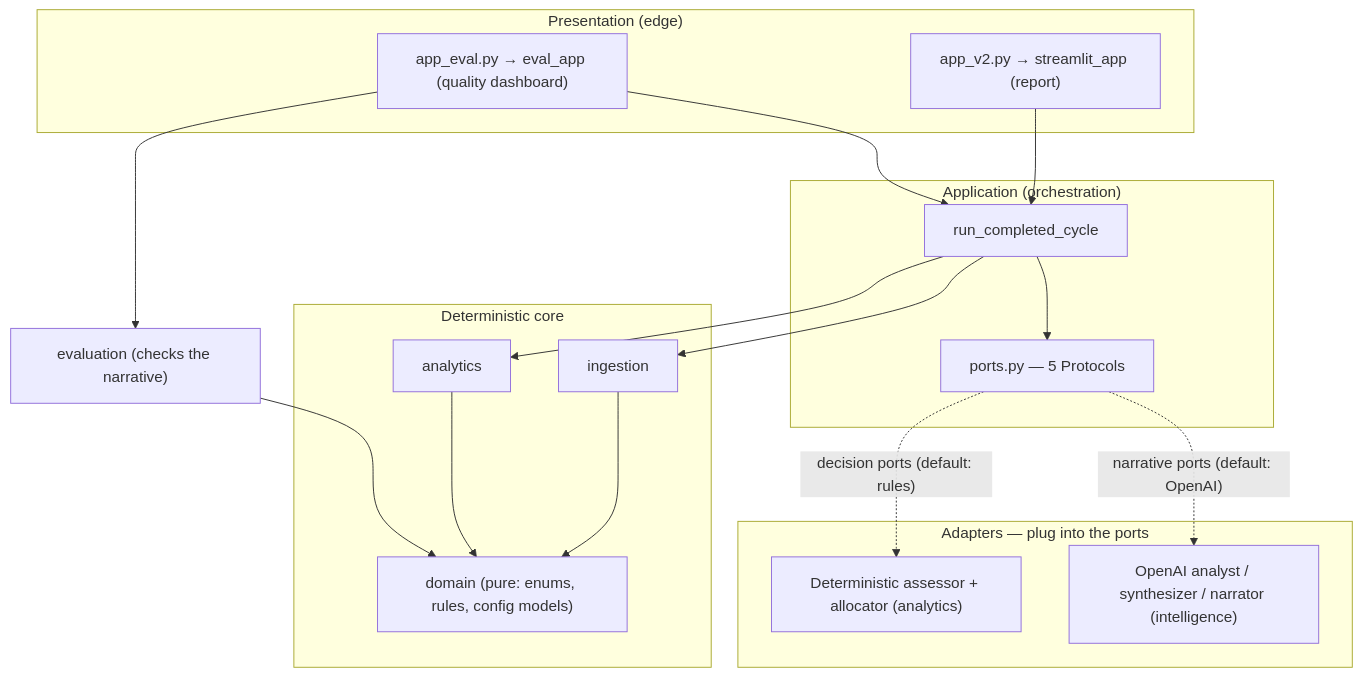
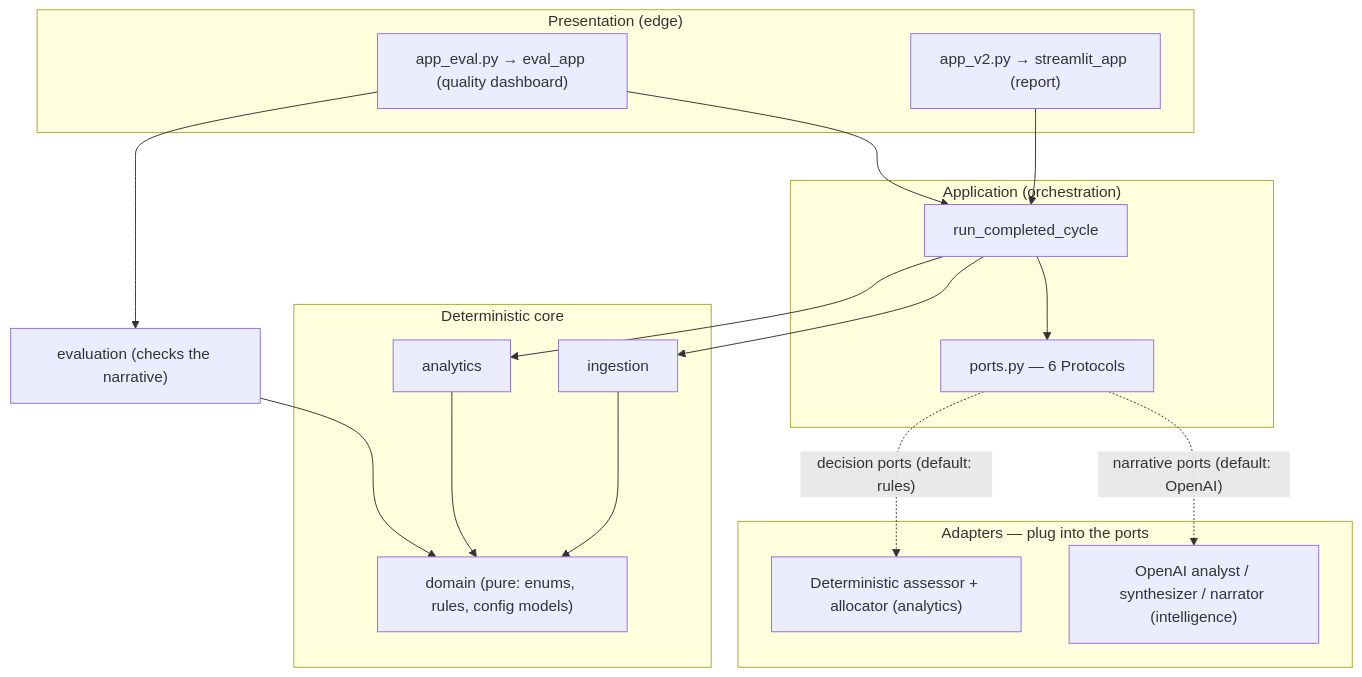
One commit to WaelMohsen/Team2-MarketingExpert changed the second of 5 diagrams in src_2/docs/architecture.md. Above: the diagram before and after it, drawn with Mermaid. The commit also changed other lines of this file and 55 other files, not shown here.

````diff
--- a/src_2/docs/architecture.md
+++ b/src_2/docs/architecture.md
@@ -57,33 +61,33 @@
 ```mermaid
 flowchart TB
     subgraph EDGE["Presentation (edge)"]
         APP1["app_v2.py → streamlit_app (report)"]
         APP2["app_eval.py → eval_app (quality dashboard)"]
     end
     subgraph APP["Application (orchestration)"]
         RUN["run_completed_cycle"]
-        PORTS["ports.py — 5 Protocols"]
+        PORTS["ports.py — 6 Protocols"]
     end
     subgraph CORE["Deterministic core"]
         ING[ingestion]
         ANA[analytics]
         DOM["domain (pure: enums, rules, config models)"]
     end
     subgraph ADAPT["Adapters — plug into the ports"]
         DET["Deterministic assessor + allocator (analytics)"]
         OAI["OpenAI analyst / synthesizer / narrator (intelligence)"]
     end
     EVAL["evaluation (checks the narrative)"]
 
     APP1 --> RUN
     APP2 --> RUN
     APP2 --> EVAL
     RUN --> PORTS
     RUN --> ING
     RUN --> ANA
     ING --> DOM
     ANA --> DOM
     EVAL --> DOM
     PORTS -. "decision ports (default: rules)" .-> DET
     PORTS -. "narrative ports (default: OpenAI)" .-> OAI
 ```
````
